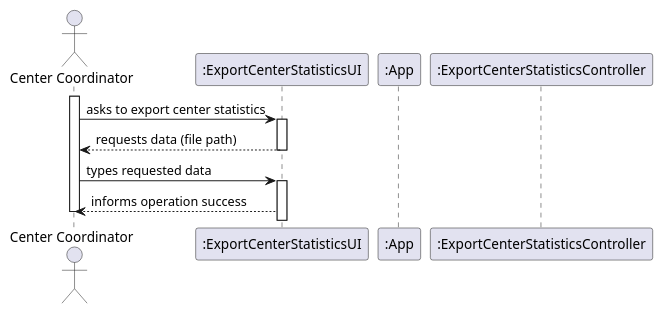
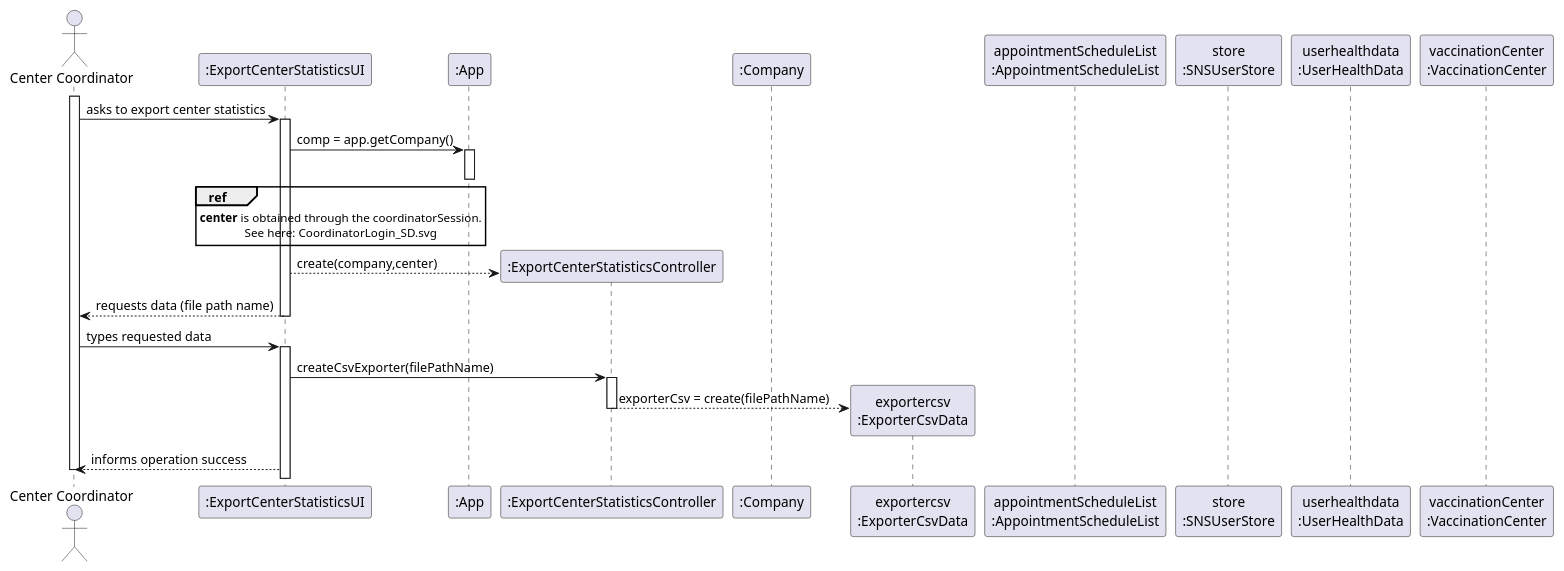
Before and after one commit to miseEnPlace-i/lapr2: the diagram in docs/SprintD/US15/SD/US15_SD.puml, drawn with PlantUML. The commit also changed 1 other file, not shown here.

Commit message:
docs(US15): updated SD and deleted previous CoordinatorLogin SD

```diff
--- a/docs/SprintD/US15/SD/US15_SD.puml
+++ b/docs/SprintD/US15/SD/US15_SD.puml
@@ -1,23 +1,46 @@
 @startuml US15_SD
 
 actor "Center Coordinator" as COORDINATOR
 
 participant ":ExportCenterStatisticsUI" as UI
 participant ":App" as APP
 participant ":ExportCenterStatisticsController" as CTRL
+participant ":Company" as COMP
+participant "exportercsv\n:ExporterCsvData" as EXPORTER
+participant "appointmentScheduleList\n:AppointmentScheduleList" as APPLIST
+participant "store\n:SNSUserStore" as USERSTORE
+participant "userhealthdata\n:UserHealthData" as USERDATA
+participant "vaccinationCenter\n:VaccinationCenter" as CENTER
+
 
 activate COORDINATOR
 COORDINATOR -> UI : asks to export center statistics
 activate UI
 
-UI --> COORDINATOR : requests data (file path)
+UI -> APP : comp = app.getCompany()
+activate APP
+deactivate APP
+
+ref over UI 
+**center** is obtained through the coordinatorSession.
+See here: CoordinatorLogin_SD.svg
+end ref
+UI --> CTRL** : create(company,center)
+
+UI --> COORDINATOR : requests data (file path name)
 deactivate UI
 
 COORDINATOR -> UI : types requested data
 activate UI
+
+UI -> CTRL : createCsvExporter(filePathName)
+activate CTRL
+
+CTRL --> EXPORTER** : exporterCsv = create(filePathName)
+deactivate CTRL
 
 UI --> COORDINATOR : informs operation success
 
 deactivate COORDINATOR 
 
 @enduml
```
